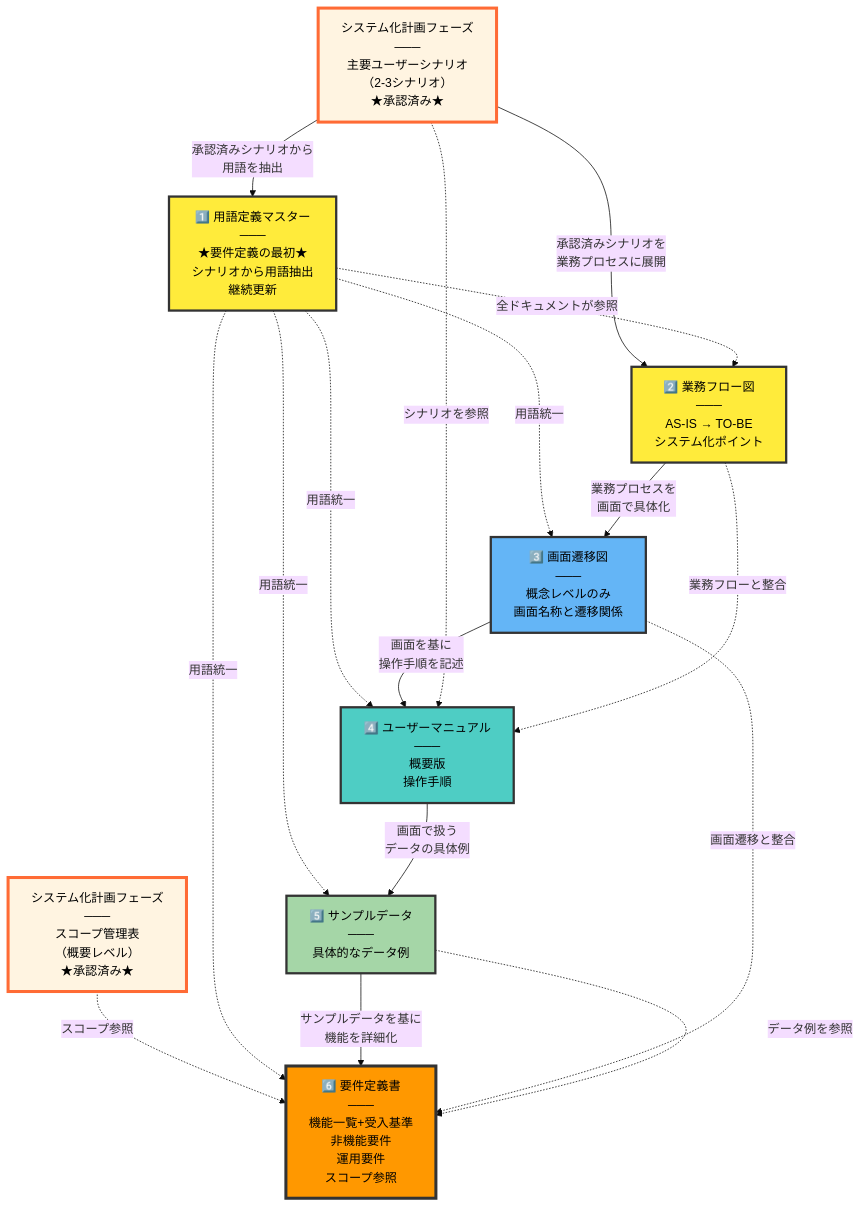
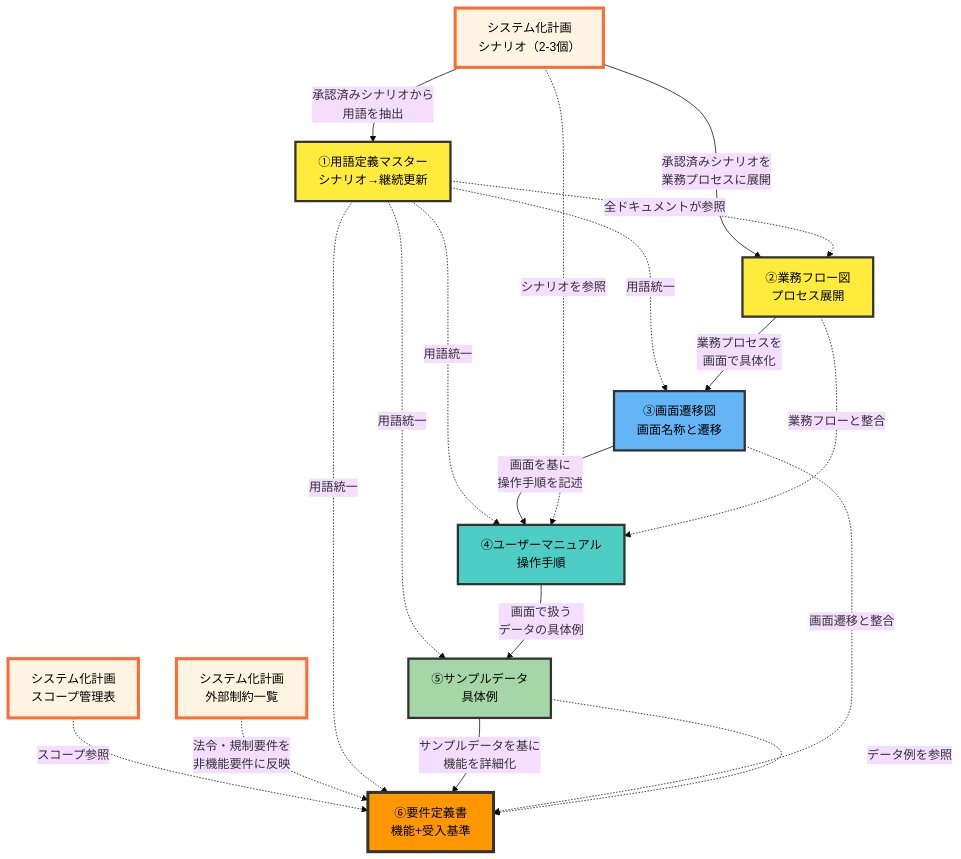
The diagram in 1_guideline/1_general/02_要件定義フェーズ.md (kshimono/mcp_phone), drawn with Mermaid (base theme) before and after one commit. The commit also changed other lines of this file and 1 other file, not shown here.

````diff
--- a/1_guideline/1_general/02_要件定義フェーズ.md
+++ b/1_guideline/1_general/02_要件定義フェーズ.md
@@ -271,48 +98,51 @@
 ```mermaid
 graph TD
     %% システム化計画フェーズからの入力
-    B03["システム化計画フェーズ<br/>───<br/>主要ユーザーシナリオ<br/>（2-3シナリオ）<br/>★承認済み★"]
-    B04["システム化計画フェーズ<br/>───<br/>スコープ管理表<br/>（概要レベル）<br/>★承認済み★"]
+    B03["システム化計画<br/>シナリオ（2-3個）"]
+    B04["システム化計画<br/>スコープ管理表"]
+    B05["システム化計画<br/>外部制約一覧"]
 
     %% 作成順序を示す番号付き
-    R01["1️⃣ 用語定義マスター<br/>───<br/>★要件定義の最初★<br/>シナリオから用語抽出<br/>継続更新"]
-    R02["2️⃣ 業務フロー図<br/>───<br/>AS-IS → TO-BE<br/>システム化ポイント"]
-    R03["3️⃣ 画面遷移図<br/>───<br/>概念レベルのみ<br/>画面名称と遷移関係"]
-    R04["4️⃣ ユーザーマニュアル<br/>───<br/>概要版<br/>操作手順"]
-    R05["5️⃣ サンプルデータ<br/>───<br/>具体的なデータ例"]
-    R06["6️⃣ 要件定義書<br/>───<br/>機能一覧+受入基準<br/>非機能要件<br/>運用要件<br/>スコープ参照"]
+    R01["①用語定義マスター<br/>シナリオ→継続更新"]
+    R02["②業務フロー図<br/>プロセス展開"]
+    R03["③画面遷移図<br/>画面名称と遷移"]
+    R04["④ユーザーマニュアル<br/>操作手順"]
+    R05["⑤サンプルデータ<br/>具体例"]
+    R06["⑥要件定義書<br/>機能+受入基準"]
 
     %% システム化計画からの依存関係
     B03 -->|承認済みシナリオから<br/>用語を抽出| R01
     B03 -->|承認済みシナリオを<br/>業務プロセスに展開| R02
     B04 -.->|スコープ参照| R06
+    B05 -.->|法令・規制要件を<br/>非機能要件に反映| R06
 
     %% 要件定義内の依存関係（実線: 強依存、点線: 参照）
     R01 -.->|全ドキュメントが参照| R02
     R01 -.->|用語統一| R03
     R01 -.->|用語統一| R04
     R01 -.->|用語統一| R05
     R01 -.->|用語統一| R06
 
     R02 -->|業務プロセスを<br/>画面で具体化| R03
     R03 -->|画面を基に<br/>操作手順を記述| R04
     R04 -->|画面で扱う<br/>データの具体例| R05
     R05 -->|サンプルデータを基に<br/>機能を詳細化| R06
 
     B03 -.->|シナリオを参照| R04
     R02 -.->|業務フローと整合| R04
     R03 -.->|画面遷移と整合| R06
 
     %% トレーサビリティ
     R05 -.->|データ例を参照| R06
 
     %% スタイル
     style B03 fill:#fff4e1,stroke:#ff6b35,stroke-width:4px,color:#000
     style B04 fill:#fff4e1,stroke:#ff6b35,stroke-width:4px,color:#000
+    style B05 fill:#fff4e1,stroke:#ff6b35,stroke-width:4px,color:#000
     style R01 fill:#ffeb3b,stroke:#333,stroke-width:3px,color:#000
     style R02 fill:#ffeb3b,stroke:#333,stroke-width:3px,color:#000
     style R03 fill:#64b5f6,stroke:#333,stroke-width:3px,color:#000
     style R04 fill:#4ecdc4,stroke:#333,stroke-width:3px,color:#000
     style R05 fill:#a5d6a7,stroke:#333,stroke-width:3px,color:#000
     style R06 fill:#ff9800,stroke:#333,stroke-width:4px,color:#000
 ```
````
